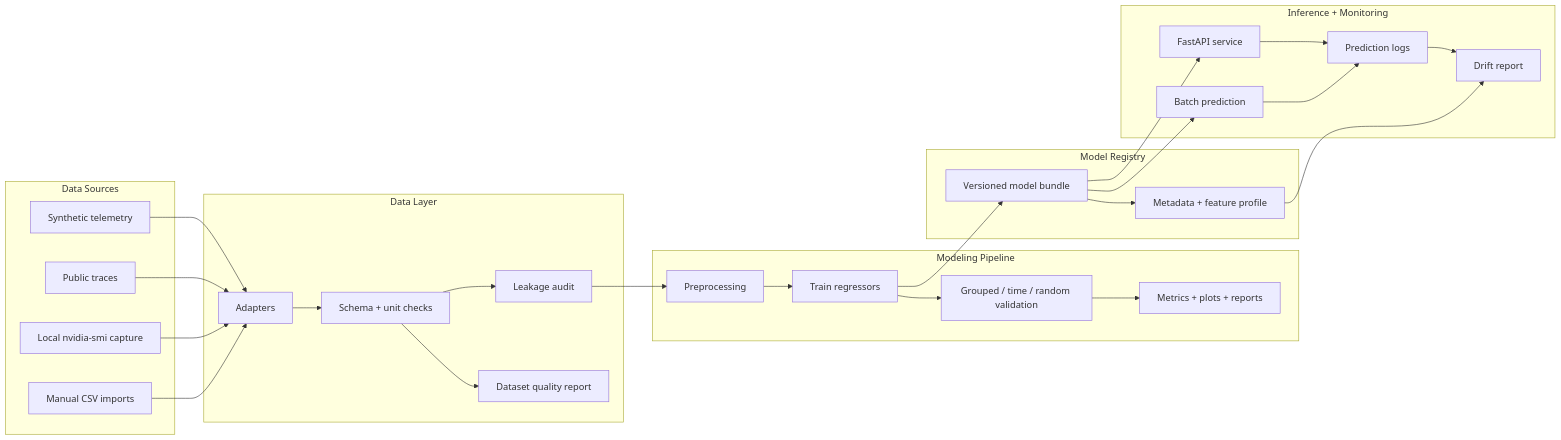
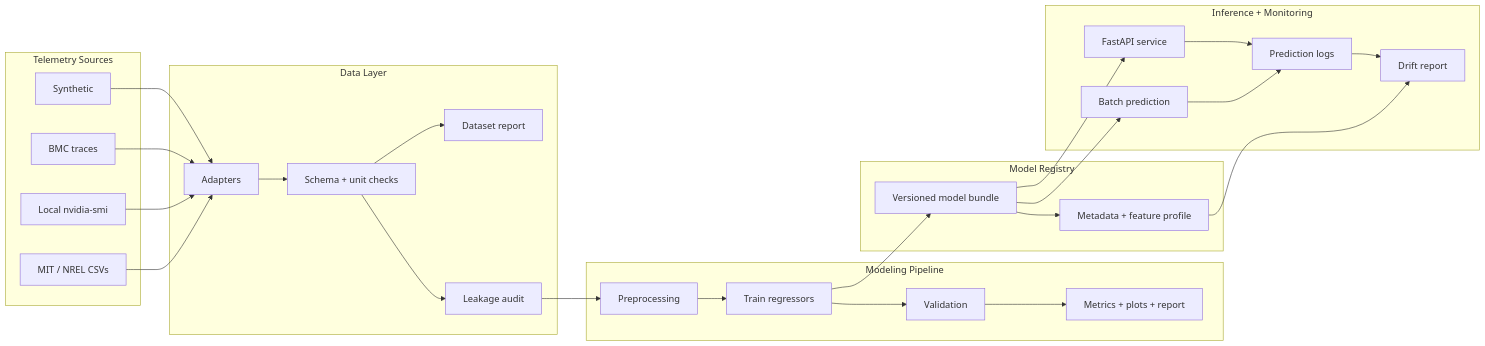
One commit to jas0nriverah/gpu-power-modeling changed the first of 2 diagrams in README.md. Above: the diagram before and after it, drawn with Mermaid. The commit also changed other lines of this file, not shown here.

````diff
--- a/README.md
+++ b/README.md
@@ -41,58 +35,58 @@
 ```mermaid
 flowchart LR
-    subgraph Sources["Data Sources"]
-        A1[Synthetic telemetry]
-        A2[Public traces]
-        A3[Local nvidia-smi capture]
-        A4[Manual CSV imports]
+    subgraph Sources["Telemetry Sources"]
+        A1[Synthetic]
+        A2[BMC traces]
+        A3[Local nvidia-smi]
+        A4[MIT / NREL CSVs]
     end
 
-    subgraph DataLayer["Data Layer"]
+    subgraph Data["Data Layer"]
         B[Adapters]
         C[Schema + unit checks]
-        D[Dataset quality report]
-        E[Leakage audit]
+        D[Leakage audit]
+        E[Dataset report]
     end
 
-    subgraph Modeling["Modeling Pipeline"]
+    subgraph ML["Modeling Pipeline"]
         F[Preprocessing]
         G[Train regressors]
-        H[Grouped / time / random validation]
-        I[Metrics + plots + reports]
+        H[Validation]
+        I[Metrics + plots + report]
     end
 
     subgraph Registry["Model Registry"]
         J[Versioned model bundle]
         K[Metadata + feature profile]
     end
 
-    subgraph Deployment["Inference + Monitoring"]
+    subgraph Deploy["Inference + Monitoring"]
         L[Batch prediction]
         M[FastAPI service]
         N[Prediction logs]
         O[Drift report]
     end
 
     A1 --> B
     A2 --> B
     A3 --> B
     A4 --> B
 
     B --> C
     C --> D
     C --> E
-    E --> F
+    D --> F
     F --> G
     G --> H
     H --> I
 
     G --> J
     J --> K
-
     J --> L
     J --> M
+
     L --> N
     M --> N
     K --> O
     N --> O
 ```
````
